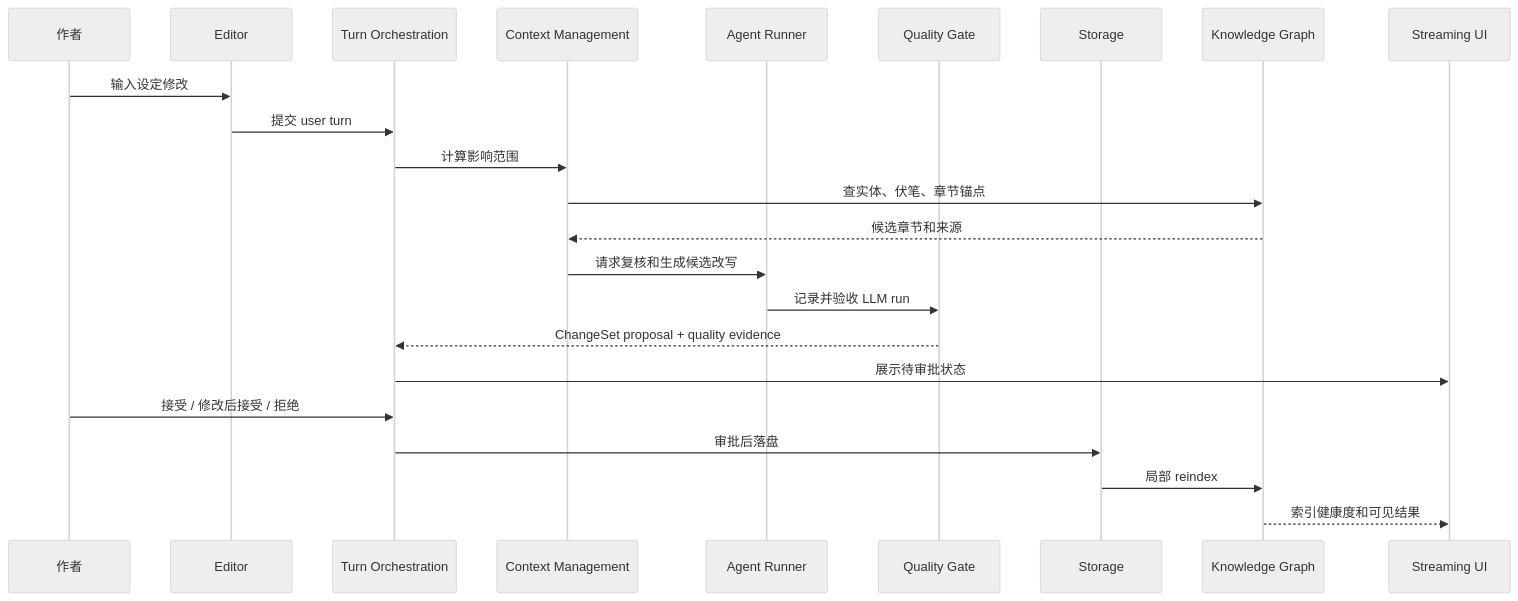
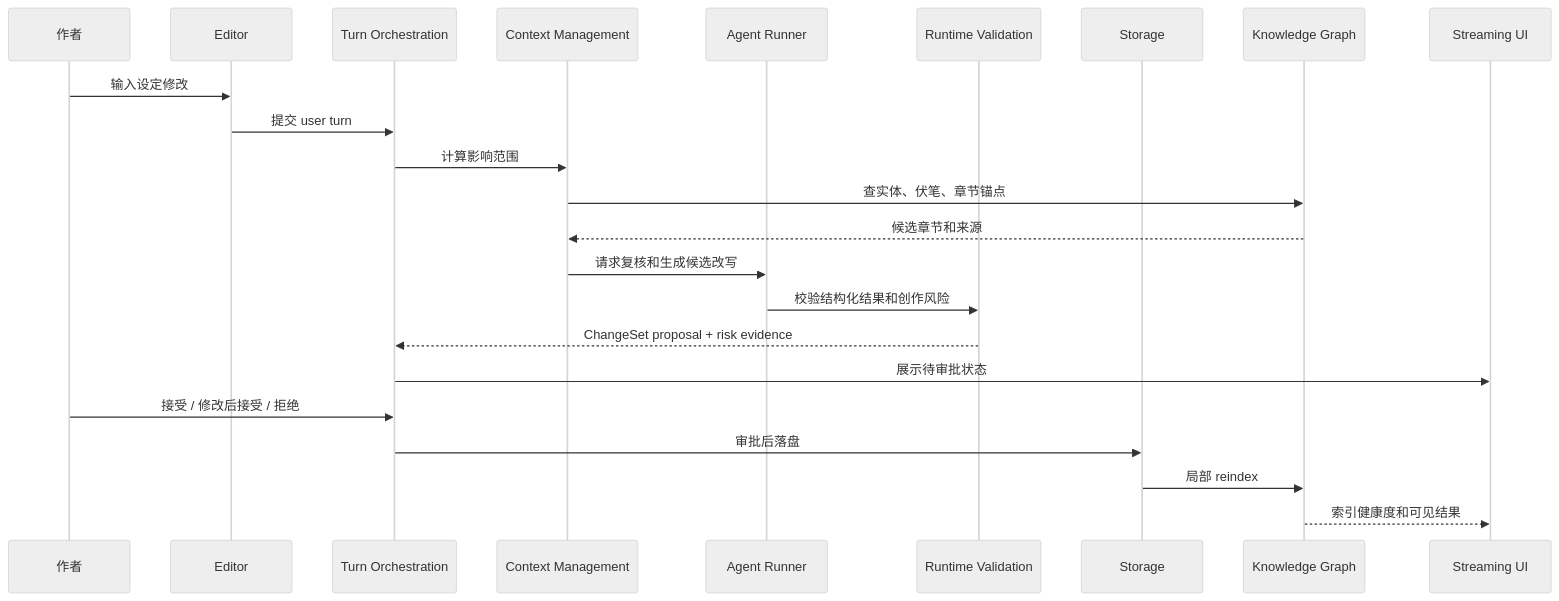
One commit to jinhuang712/open-novel changed the second of 3 diagrams in spec/S00-system-contract.md. Above: the diagram before and after it, drawn with Mermaid (neutral theme). The commit also changed other lines of this file and 50 other files, not shown here.

Commit message:
docs(todo): close architecture audit batches

````diff
--- a/spec/S00-system-contract.md
+++ b/spec/S00-system-contract.md
@@ -52,26 +54,26 @@
 ```mermaid
 sequenceDiagram
   participant U as 作者
   participant E as Editor
   participant O as Turn Orchestration
   participant Q as Context Management
   participant R as Agent Runner
-  participant H as Quality Gate
+  participant H as Runtime Validation
   participant S as Storage
   participant K as Knowledge Graph
   participant V as Streaming UI
 
   U->>E: 输入设定修改
   E->>O: 提交 user turn
   O->>Q: 计算影响范围
   Q->>K: 查实体、伏笔、章节锚点
   K-->>Q: 候选章节和来源
   Q->>R: 请求复核和生成候选改写
-  R->>H: 记录并验收 LLM run
-  H-->>O: ChangeSet proposal + quality evidence
+  R->>H: 校验结构化结果和创作风险
+  H-->>O: ChangeSet proposal + risk evidence
   O->>V: 展示待审批状态
   U->>O: 接受 / 修改后接受 / 拒绝
   O->>S: 审批后落盘
   S->>K: 局部 reindex
   K-->>V: 索引健康度和可见结果
 ```
````
